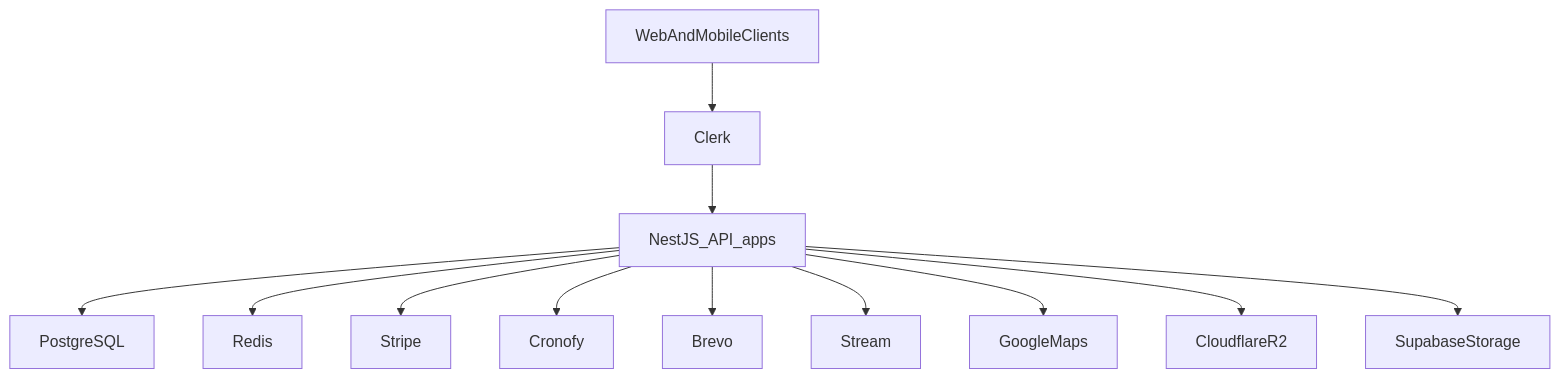
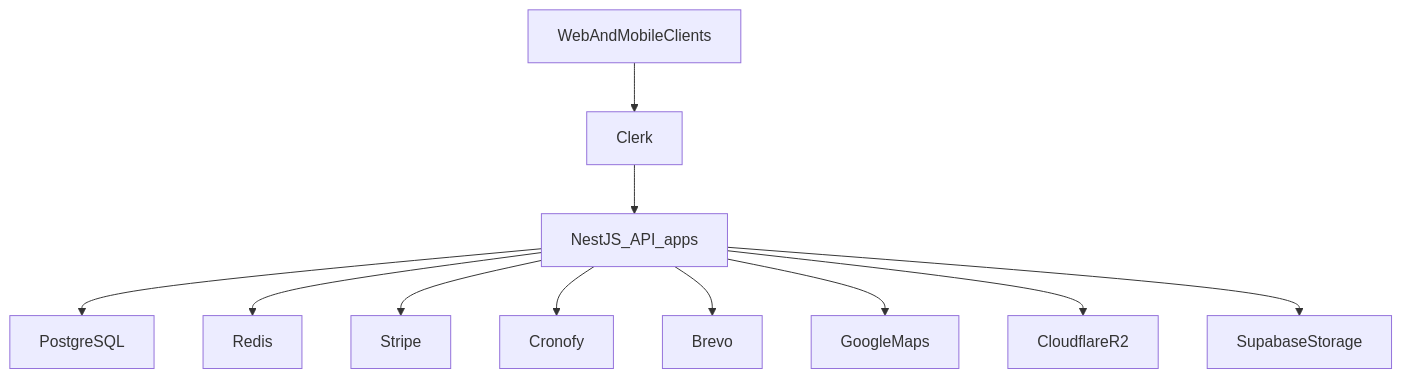
One commit to LabsFood/LF-BackEnd changed the diagram in stack.md. Above: the diagram before and after it, drawn with Mermaid. The commit also changed other lines of this file and 43 other files, not shown here.

````diff
--- a/stack.md
+++ b/stack.md
@@ -48,27 +48,25 @@
 ```mermaid
 flowchart TD
     clients[WebAndMobileClients]
     clerk[Clerk]
     api[NestJS_API_apps]
     pg[PostgreSQL]
     redis[Redis]
     stripe[Stripe]
     cronofy[Cronofy]
     brevo[Brevo]
-    stream[Stream]
     maps[GoogleMaps]
     r2[CloudflareR2]
     storage[SupabaseStorage]
 
     clients --> clerk
     clerk --> api
     api --> pg
     api --> redis
     api --> stripe
     api --> cronofy
     api --> brevo
-    api --> stream
     api --> maps
     api --> r2
     api --> storage
 ```
````
